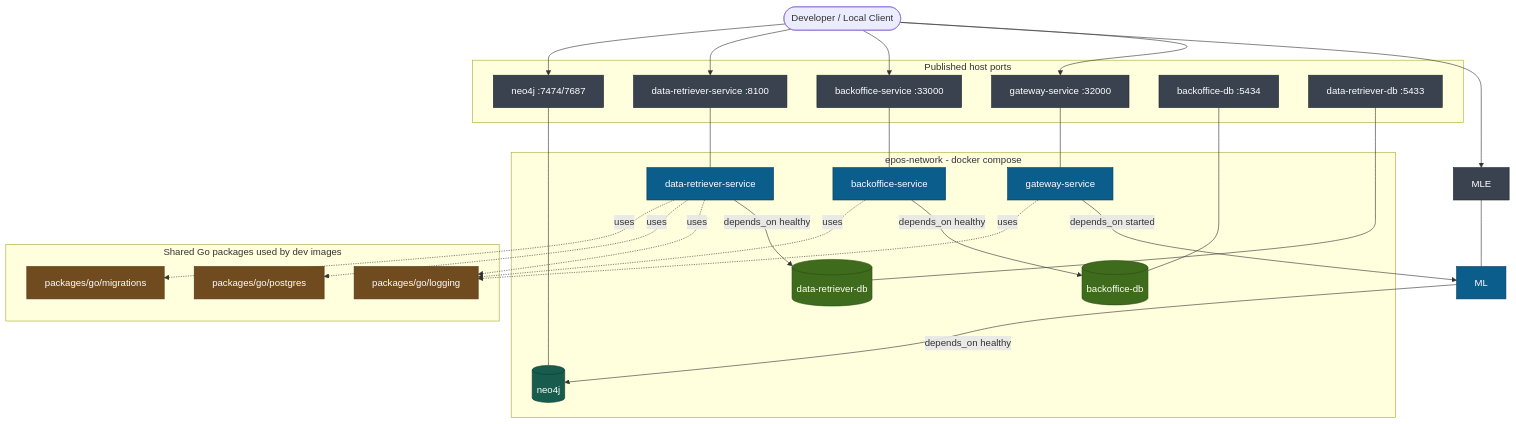
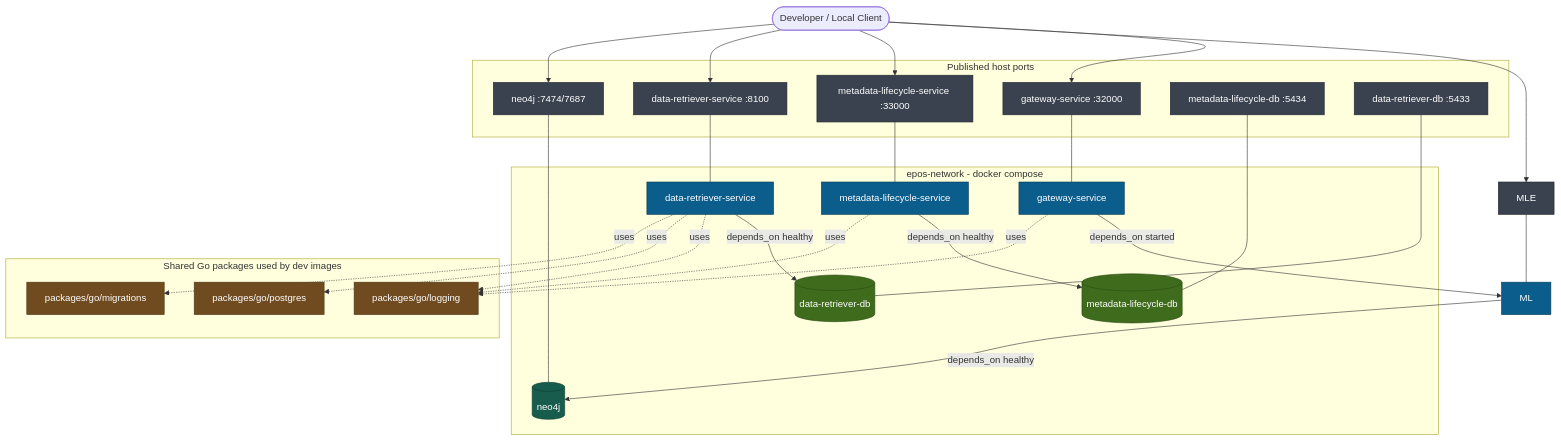
One commit to EPOS-ERIC/epos-platform changed the diagram in README.md. Above: the diagram before and after it, drawn with Mermaid. The commit also changed other lines of this file and 409 other files, not shown here.

Commit message:
rename backoffice service to metadata lifecycle

````diff
--- a/README.md
+++ b/README.md
@@ -18,68 +18,68 @@
 ```mermaid
 flowchart TB
     %% Based on docker/compose.dev.yaml and Tilt image wiring
 
     DEV([Developer / Local Client])
 
     subgraph EDGE[Published host ports]
         GWE[gateway-service :32000]
-        BOE[backoffice-service :33000]
+        BOE[metadata-lifecycle-service :33000]
         DRE[data-retriever-service :8100]
         N4J[neo4j :7474/7687]
-        PBO[backoffice-db :5434]
+        PBO[metadata-lifecycle-db :5434]
         PDR[data-retriever-db :5433]
     end
 
     subgraph NET["epos-network - docker compose"]
         GW[gateway-service]
-        BO[backoffice-service]
+        BO[metadata-lifecycle-service]
         DR[data-retriever-service]
 
         NEO[(neo4j)]
-        BODB[(backoffice-db)]
+        BODB[(metadata-lifecycle-db)]
         DRDB[(data-retriever-db)]
     end
 
     subgraph SHARED[Shared Go packages used by dev images]
         LOG[packages/go/logging]
         PG[packages/go/postgres]
         MIG[packages/go/migrations]
     end
 
     DEV --> GWE
     DEV --> MLE
     DEV --> BOE
     DEV --> DRE
     DEV --> N4J
 
     GWE --- GW
     MLE --- ML
     BOE --- BO
     DRE --- DR
     N4J --- NEO
     PBO --- BODB
     PDR --- DRDB
 
     GW -->|depends_on started| ML
     BO -->|depends_on healthy| BODB
     DR -->|depends_on healthy| DRDB
     ML -->|depends_on healthy| NEO
 
     GW -. uses .-> LOG
     BO -. uses .-> LOG
     DR -. uses .-> LOG
     DR -. uses .-> PG
     DR -. uses .-> MIG
 
     classDef svc fill:#0b5d8b,stroke:#083b59,color:#ffffff,stroke-width:1px;
     classDef infra fill:#175c4c,stroke:#0f3d32,color:#ffffff,stroke-width:1px;
     classDef db fill:#3f6b1d,stroke:#2d4c14,color:#ffffff,stroke-width:1px;
     classDef shared fill:#6f4b1f,stroke:#4f3516,color:#ffffff,stroke-width:1px;
     classDef edge fill:#39424e,stroke:#1f252d,color:#ffffff,stroke-width:1px;
 
     class GW,ML,BO,DR svc;
     class NEO infra;
     class BODB,DRDB db;
     class LOG,PG,MIG shared;
     class GWE,MLE,BOE,DRE,N4J,PBO,PDR edge;
 ```
````
